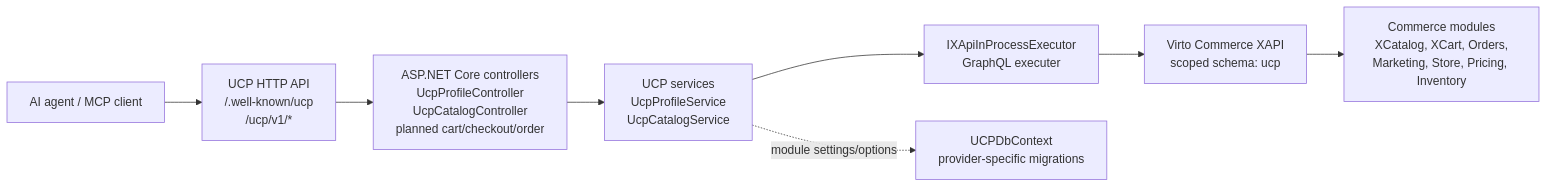
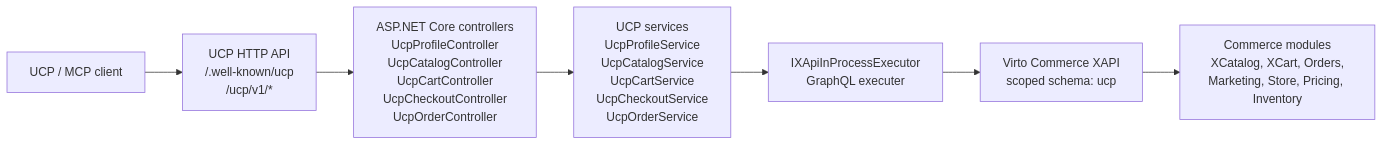
One commit to VirtoCommerce/vc-module-u-c-p changed the diagram in README.md. Above: the diagram before and after it, drawn with Mermaid. The commit also changed other lines of this file and 26 other files, not shown here.

Commit message:
Add UcpCart, UcpCheckout, and UcpOrder services with endpoints for cart management, checkout, and order tracking.

````diff
--- a/README.md
+++ b/README.md
@@ -37,19 +40,17 @@
 ```mermaid
 flowchart LR
-    Agent["AI agent / MCP client"]
+    Client["UCP / MCP client"]
     UcpHttp["UCP HTTP API<br/>/.well-known/ucp<br/>/ucp/v1/*"]
-    Controllers["ASP.NET Core controllers<br/>UcpProfileController<br/>UcpCatalogController<br/>planned cart/checkout/order"]
-    Services["UCP services<br/>UcpProfileService<br/>UcpCatalogService"]
+    Controllers["ASP.NET Core controllers<br/>UcpProfileController<br/>UcpCatalogController<br/>UcpCartController<br/>UcpCheckoutController<br/>UcpOrderController"]
+    Services["UCP services<br/>UcpProfileService<br/>UcpCatalogService<br/>UcpCartService<br/>UcpCheckoutService<br/>UcpOrderService"]
     Executor["IXApiInProcessExecutor<br/>GraphQL executer"]
     XApi["Virto Commerce XAPI<br/>scoped schema: ucp"]
     Modules["Commerce modules<br/>XCatalog, XCart, Orders,<br/>Marketing, Store, Pricing, Inventory"]
-    Db["UCPDbContext<br/>provider-specific migrations"]
 
-    Agent --> UcpHttp
+    Client --> UcpHttp
     UcpHttp --> Controllers
     Controllers --> Services
     Services --> Executor
     Executor --> XApi
     XApi --> Modules
-    Services -. module settings/options .-> Db
 ```
````
